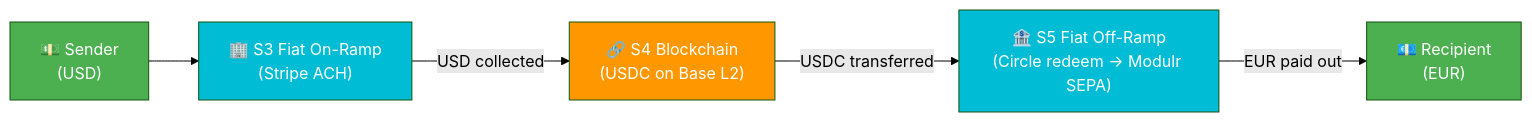
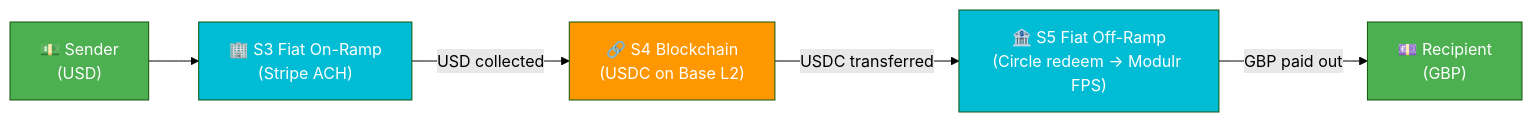
The second of 5 diagrams in README.md (Puneethkumarck/stablebridge-platform), drawn with Mermaid (forest theme) before and after one commit. The commit also changed other lines of this file and 1 other file, not shown here.

````diff
--- a/README.md
+++ b/README.md
@@ -157,13 +156,13 @@
 ```mermaid
 graph LR
     A["💵 Sender<br/>(USD)"] --> B["🏢 S3 Fiat On-Ramp<br/>(Stripe ACH)"]
     B -- "USD collected" --> C["🔗 S4 Blockchain<br/>(USDC on Base L2)"]
-    C -- "USDC transferred" --> D["🏦 S5 Fiat Off-Ramp<br/>(Circle redeem → Modulr SEPA)"]
-    D -- "EUR paid out" --> E["💶 Recipient<br/>(EUR)"]
+    C -- "USDC transferred" --> D["🏦 S5 Fiat Off-Ramp<br/>(Circle redeem → Modulr FPS)"]
+    D -- "GBP paid out" --> E["💷 Recipient<br/>(GBP)"]
 
     style A fill:#4CAF50,color:#fff
     style B fill:#00BCD4,color:#fff
     style C fill:#FF9800,color:#fff
     style D fill:#00BCD4,color:#fff
     style E fill:#4CAF50,color:#fff
 ```
````
